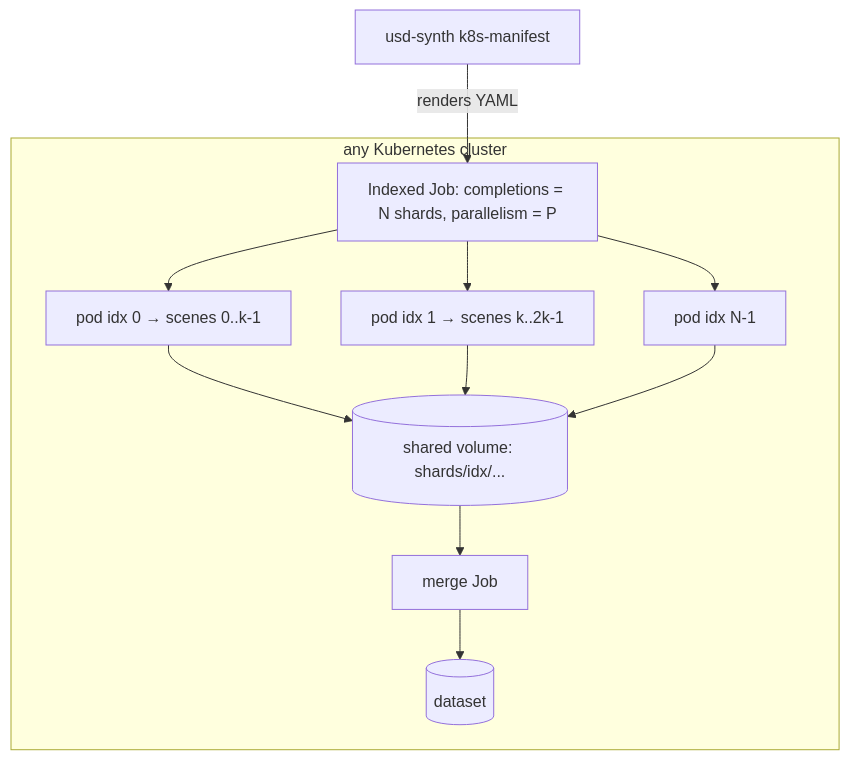
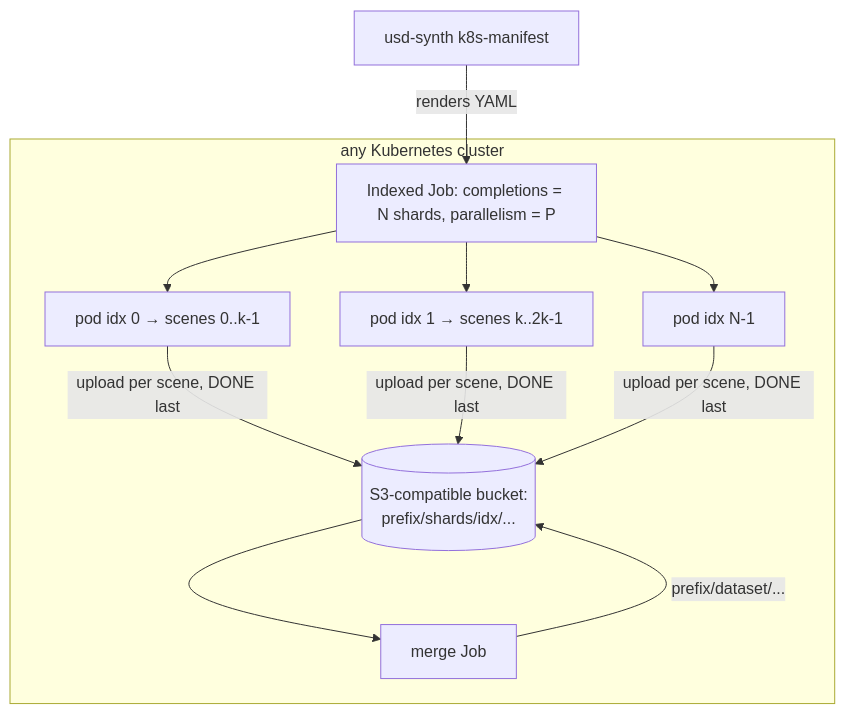
Before and after one commit to Preponderous-Software/usd-synth-data: the second of 2 diagrams in ARCHITECTURE.md, drawn with Mermaid. The commit also changed other lines of this file and 3 other files, not shown here.

````diff
--- a/ARCHITECTURE.md
+++ b/ARCHITECTURE.md
@@ -214,13 +222,13 @@
 ```mermaid
 flowchart TB
     cli[usd-synth k8s-manifest] -->|renders YAML| job
     subgraph cluster[any Kubernetes cluster]
       job[Indexed Job: completions = N shards, parallelism = P]
       job --> p0[pod idx 0 → scenes 0..k-1]
       job --> p1[pod idx 1 → scenes k..2k-1]
       job --> pn[pod idx N-1]
-      p0 & p1 & pn --> vol[(shared volume: shards/idx/...)]
-      vol --> mj[merge Job]
-      mj --> out[(dataset)]
+      p0 & p1 & pn -->|upload per scene, DONE last| s3[(S3-compatible bucket:\nprefix/shards/idx/...)]
+      s3 --> mj[merge Job]
+      mj -->|prefix/dataset/...| s3
     end
 ```
````
